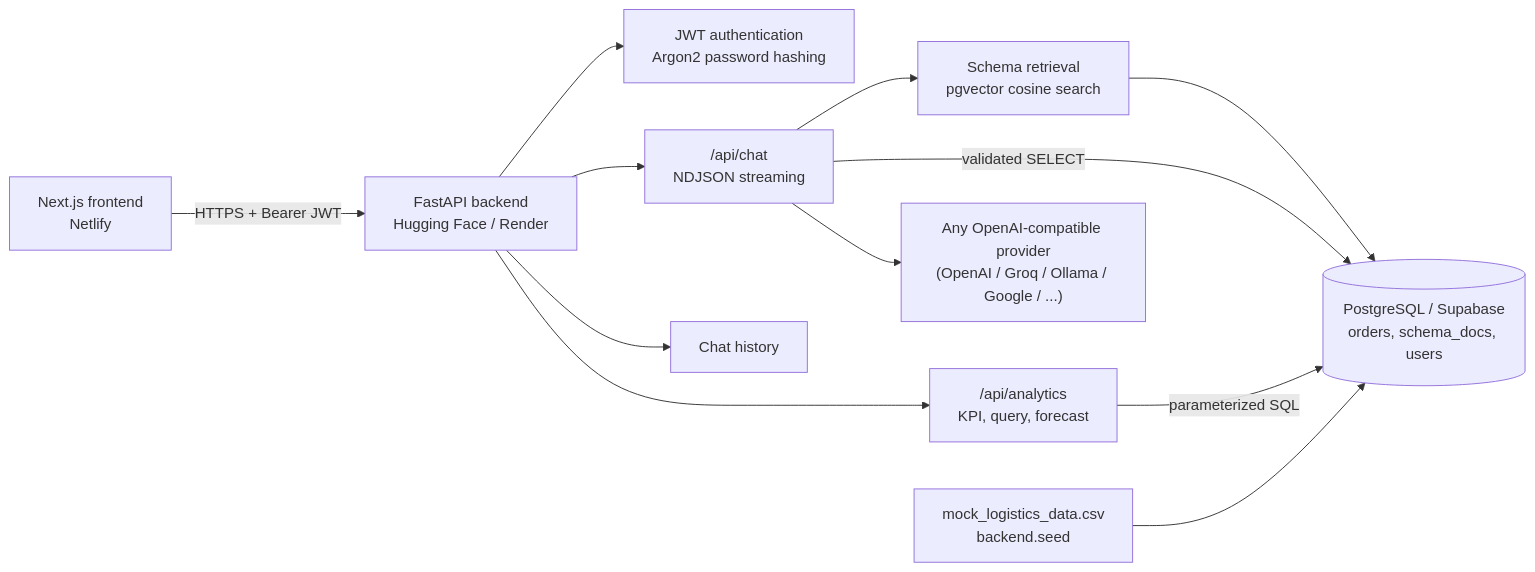
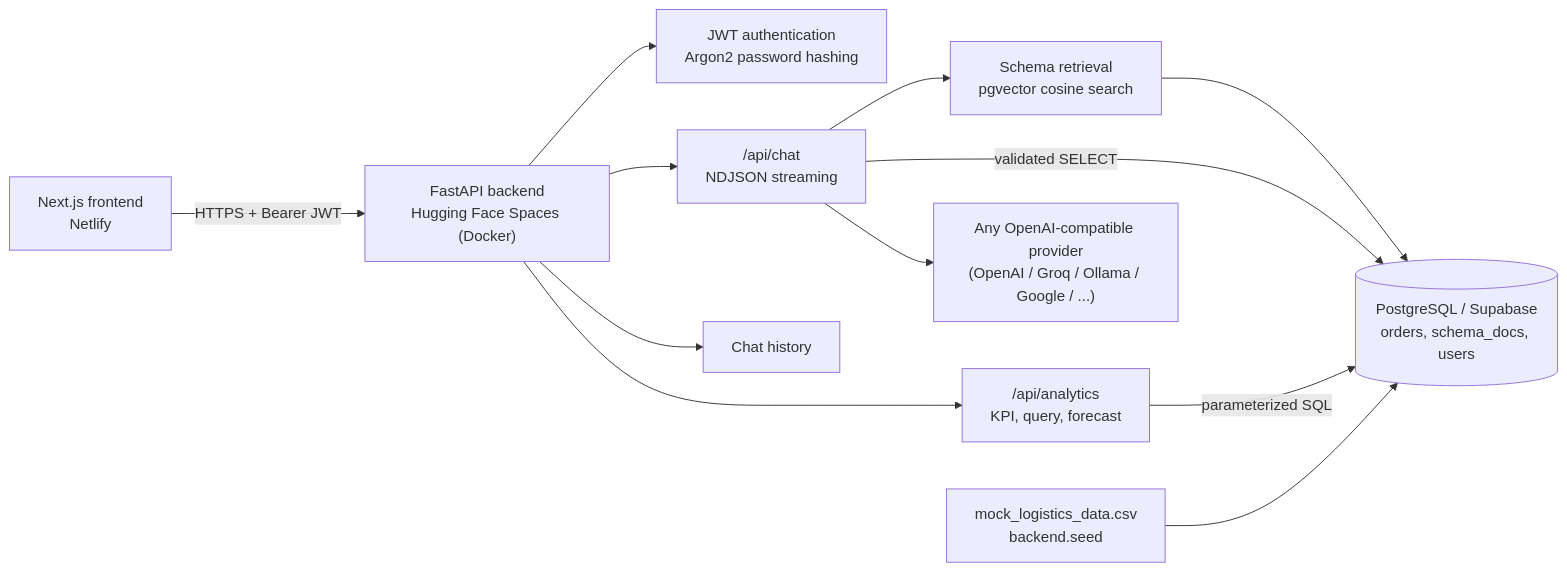
Before and after one commit to arifsoul/ai_logistics: the first of 2 diagrams in README.md, drawn with Mermaid. The commit also changed other lines of this file and 4 other files, not shown here.

First line of the commit message:
chore: remove Render deployment, HF Spaces only

````diff
--- a/README.md
+++ b/README.md
@@ -27,14 +27,14 @@
 ```mermaid
 flowchart LR
-    Browser["Next.js frontend<br/>Netlify"] -->|HTTPS + Bearer JWT| API["FastAPI backend<br/>Hugging Face / Render"]
+    Browser["Next.js frontend<br/>Netlify"] -->|HTTPS + Bearer JWT| API["FastAPI backend<br/>Hugging Face Spaces (Docker)"]
     API --> Auth["JWT authentication<br/>Argon2 password hashing"]
     API --> Chat["/api/chat<br/>NDJSON streaming"]
     API --> Analytics["/api/analytics<br/>KPI, query, forecast"]
     API --> History[Chat history]
     Chat --> Retriever["Schema retrieval<br/>pgvector cosine search"]
     Retriever --> DB[("PostgreSQL / Supabase<br/>orders, schema_docs, users")]
     Chat --> Model["Any OpenAI-compatible provider<br/>(OpenAI / Groq / Ollama / Google / ...)"]
     Chat -->|validated SELECT| DB
     Analytics -->|parameterized SQL| DB
     Seed["mock_logistics_data.csv<br/>backend.seed"] --> DB
 ```
````
